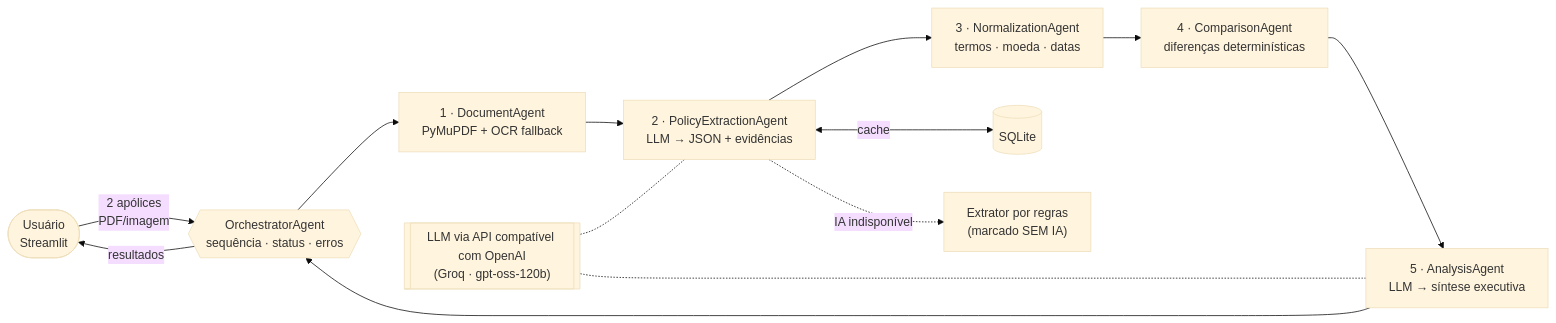
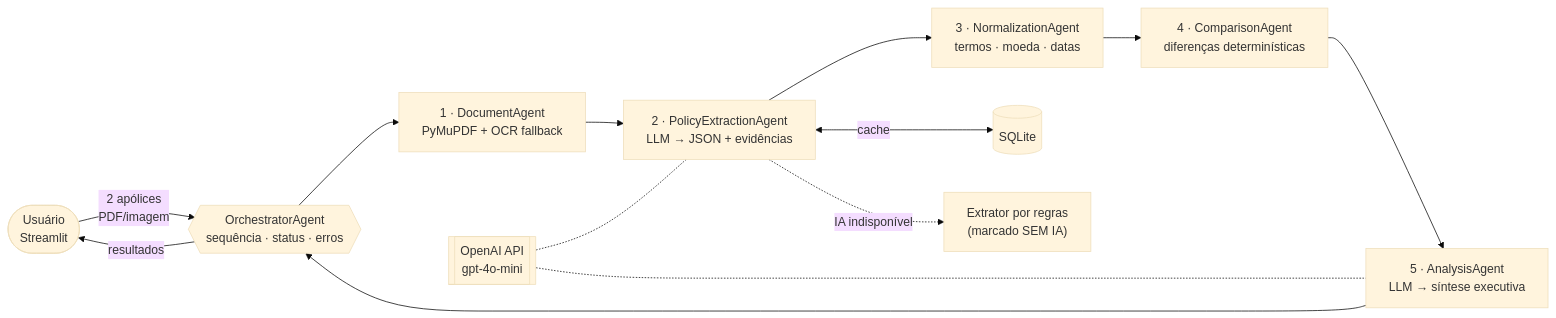
The first of 2 diagrams in docs/relatorio_tecnico.md (maurojornalista/policymind-do), drawn with Mermaid (base theme) before and after one commit. The commit also changed other lines of this file, not shown here.

````diff
--- a/docs/relatorio_tecnico.md
+++ b/docs/relatorio_tecnico.md
@@ -51,16 +51,16 @@
 ```mermaid
 flowchart LR
     U(["Usuário<br/>Streamlit"]) -->|2 apólices<br/>PDF/imagem| O{{"OrchestratorAgent<br/>sequência · status · erros"}}
     O --> D["1 · DocumentAgent<br/>PyMuPDF + OCR fallback"]
     D --> E["2 · PolicyExtractionAgent<br/>LLM → JSON + evidências"]
     E --> N["3 · NormalizationAgent<br/>termos · moeda · datas"]
     N --> C["4 · ComparisonAgent<br/>diferenças determinísticas"]
     C --> A["5 · AnalysisAgent<br/>LLM → síntese executiva"]
     A --> O
     O -->|resultados| U
     E <-->|cache| DB[("SQLite")]
     E -.->|IA indisponível| R["Extrator por regras<br/>(marcado SEM IA)"]
-    L[["LLM via API compatível com OpenAI<br/>(Groq · gpt-oss-120b)"]]
+    L[["OpenAI API<br/>gpt-4o-mini"]]
     L -.- E
     L -.- A
 ```
````
